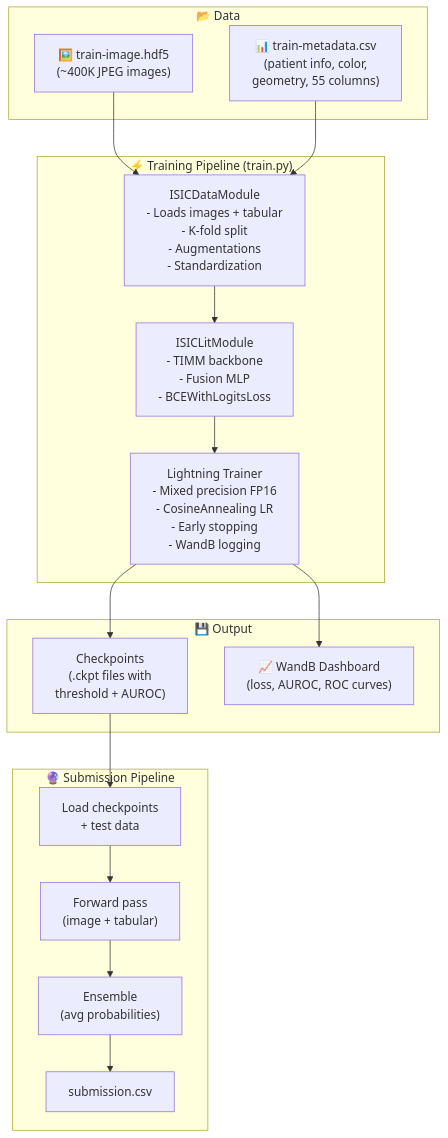
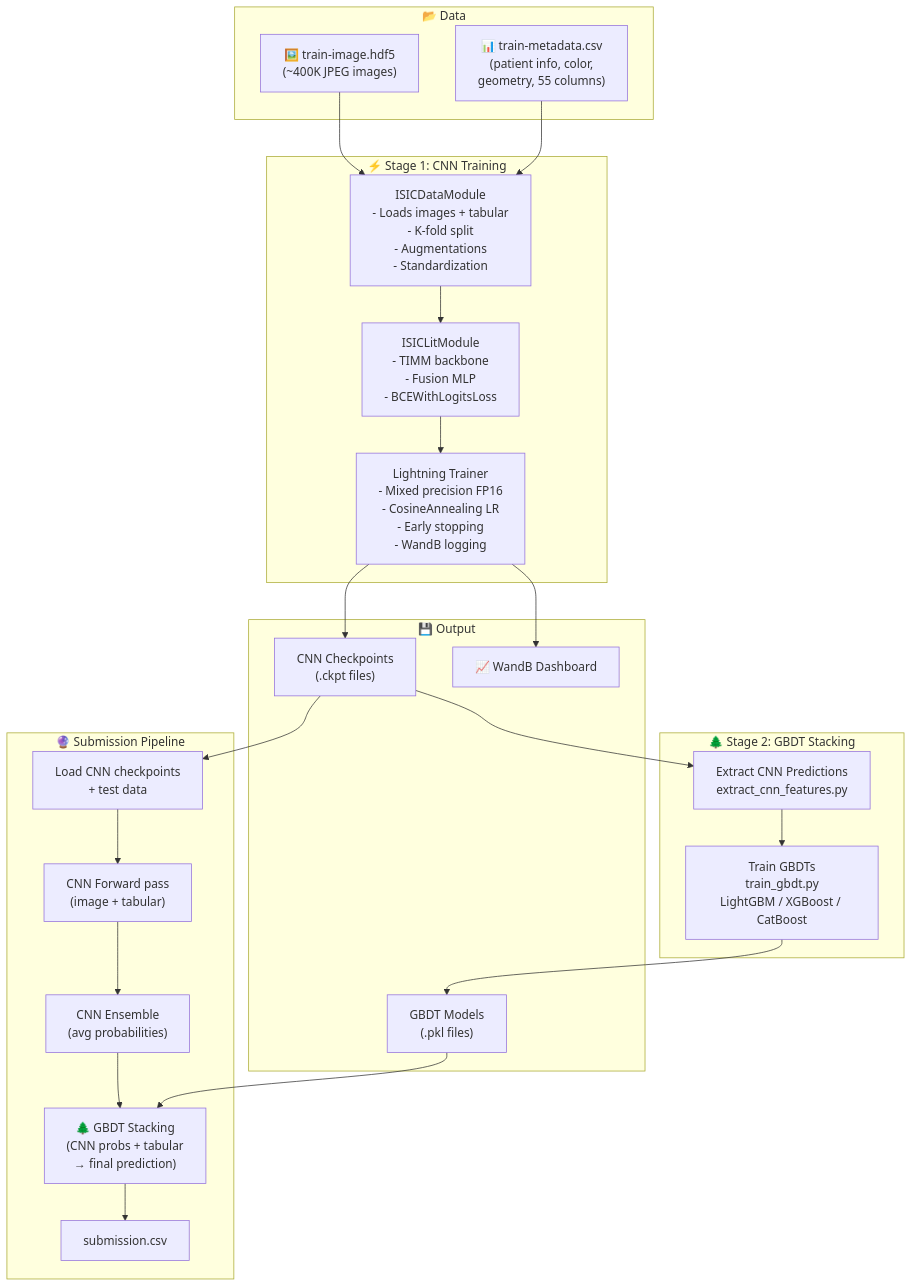
Before and after one commit to RudraShivm/Skin-Cancer-Detection: the first of 7 diagrams in docs/architecture.md, drawn with Mermaid. The commit also changed other lines of this file and 10 other files, not shown here.

First line of the commit message:
feat: integrate GBDT stacking into notebooks and update documentation

````diff
--- a/docs/architecture.md
+++ b/docs/architecture.md
@@ -17,36 +17,48 @@
 ```mermaid
 flowchart TD
     subgraph Data["📂 Data"]
         HDF5["🖼️ train-image.hdf5<br/>(~400K JPEG images)"]
         META["📊 train-metadata.csv<br/>(patient info, color,<br/>geometry, 55 columns)"]
     end
 
-    subgraph Training["⚡ Training Pipeline (train.py)"]
+    subgraph Stage1["⚡ Stage 1: CNN Training"]
         DM["ISICDataModule<br/>- Loads images + tabular<br/>- K-fold split<br/>- Augmentations<br/>- Standardization"]
         MODEL["ISICLitModule<br/>- TIMM backbone<br/>- Fusion MLP<br/>- BCEWithLogitsLoss"]
         TRAINER["Lightning Trainer<br/>- Mixed precision FP16<br/>- CosineAnnealing LR<br/>- Early stopping<br/>- WandB logging"]
     end
 
+    subgraph Stage2["🌲 Stage 2: GBDT Stacking"]
+        EXTRACT["Extract CNN Predictions<br/>extract_cnn_features.py"]
+        GBDT["Train GBDTs<br/>train_gbdt.py<br/>LightGBM / XGBoost / CatBoost"]
+    end
+
     subgraph Output["💾 Output"]
-        CKPT["Checkpoints<br/>(.ckpt files with<br/>threshold + AUROC)"]
-        WANDB["📈 WandB Dashboard<br/>(loss, AUROC, ROC curves)"]
+        CKPT["CNN Checkpoints<br/>(.ckpt files)"]
+        GBDT_CKPT["GBDT Models<br/>(.pkl files)"]
+        WANDB["📈 WandB Dashboard"]
     end
 
     subgraph Inference["🔮 Submission Pipeline"]
-        LOAD["Load checkpoints<br/>+ test data"]
-        PREDICT["Forward pass<br/>(image + tabular)"]
-        ENSEMBLE["Ensemble<br/>(avg probabilities)"]
+        LOAD["Load CNN checkpoints<br/>+ test data"]
+        PREDICT["CNN Forward pass<br/>(image + tabular)"]
+        CNN_ENS["CNN Ensemble<br/>(avg probabilities)"]
+        GBDT_STACK["🌲 GBDT Stacking<br/>(CNN probs + tabular<br/>→ final prediction)"]
         CSV["submission.csv"]
     end
 
     HDF5 --> DM
     META --> DM
     DM --> MODEL
     MODEL --> TRAINER
     TRAINER --> CKPT
     TRAINER --> WANDB
+    CKPT --> EXTRACT
+    EXTRACT --> GBDT
+    GBDT --> GBDT_CKPT
     CKPT --> LOAD
     LOAD --> PREDICT
-    PREDICT --> ENSEMBLE
-    ENSEMBLE --> CSV
+    PREDICT --> CNN_ENS
+    CNN_ENS --> GBDT_STACK
+    GBDT_CKPT --> GBDT_STACK
+    GBDT_STACK --> CSV
 ```
````
